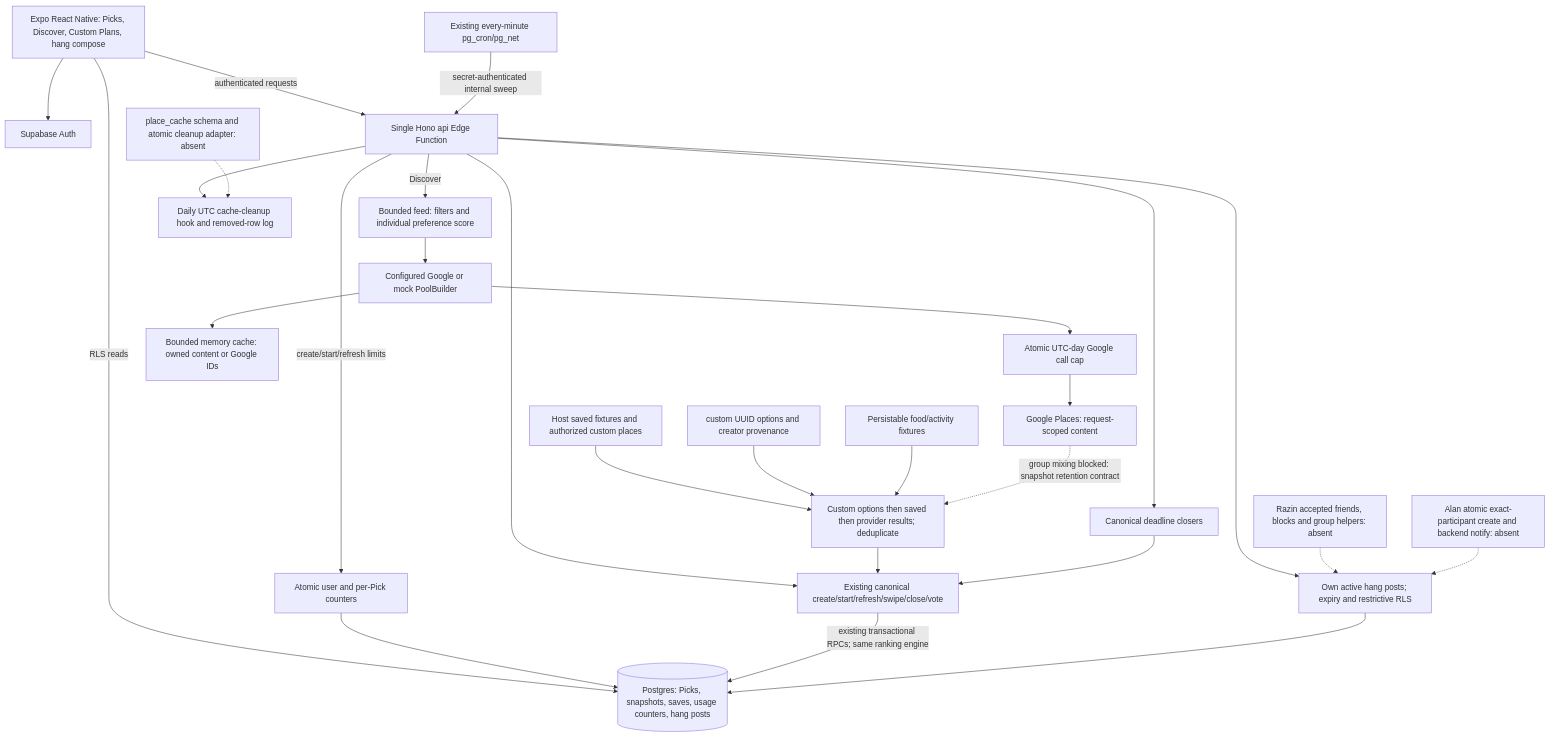
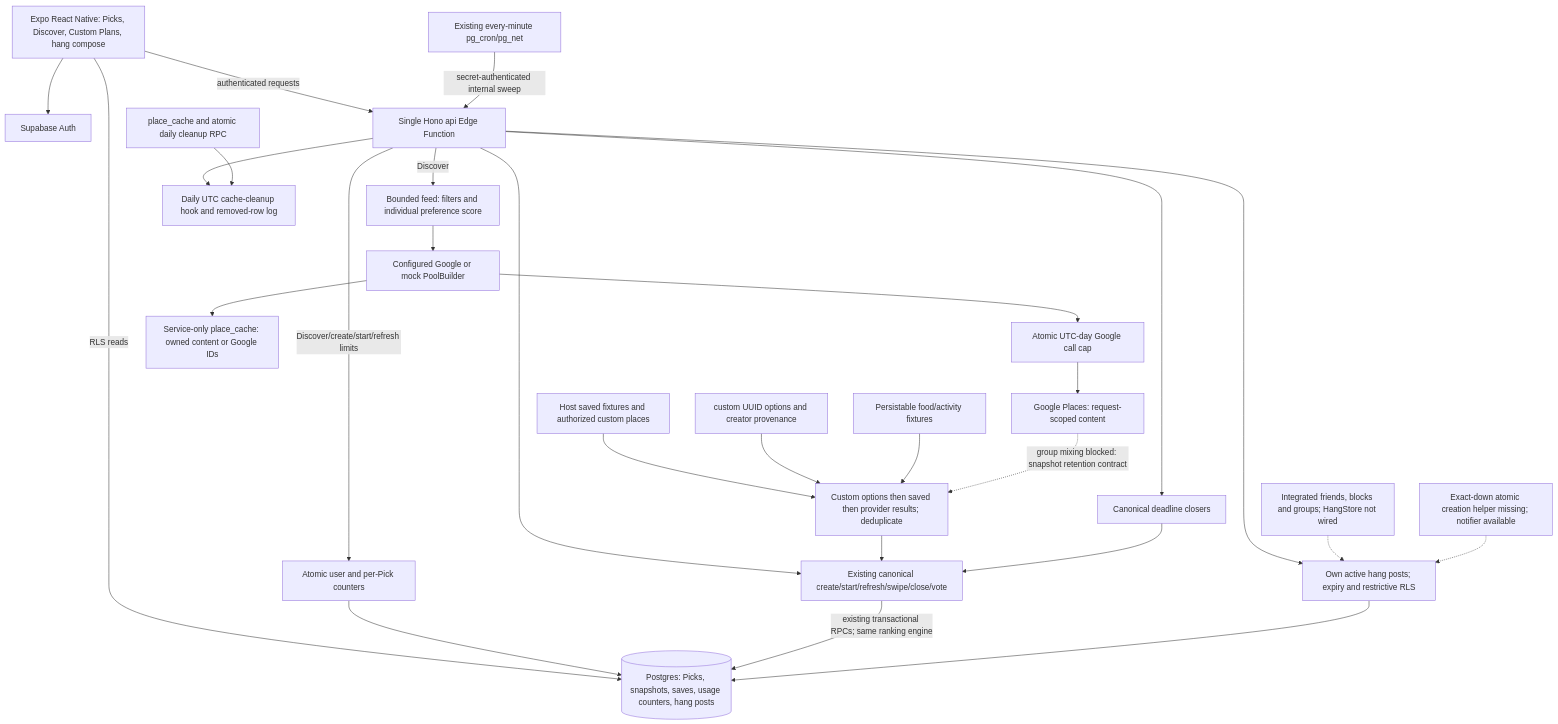
The fourth of 4 diagrams in docs/design.md (mopsha/WTW-CSE416), drawn with Mermaid before and after one commit. The commit also changed other lines of this file and 21 other files, not shown here.

Commit message:
Finish Josh M4 discover cache and quota fixes

````diff
--- a/docs/design.md
+++ b/docs/design.md
@@ -332,29 +332,29 @@
 ```mermaid
 flowchart TD
     App[Expo React Native: Picks, Discover, Custom Plans, hang compose] --> Auth[Supabase Auth]
     App -->|RLS reads| DB[(Postgres: Picks, snapshots, saves, usage counters, hang posts)]
     App -->|authenticated requests| API[Single Hono api Edge Function]
     API -->|Discover| Discover[Bounded feed: filters and individual preference score]
     Discover --> Providers[Configured Google or mock PoolBuilder]
     Providers --> Budget[Atomic UTC-day Google call cap]
     Budget --> Google[Google Places: request-scoped content]
-    Providers --> Cache[Bounded memory cache: owned content or Google IDs]
-    API -->|create/start/refresh limits| Limits[Atomic user and per-Pick counters]
+    Providers --> Cache[Service-only place_cache: owned content or Google IDs]
+    API -->|Discover/create/start/refresh limits| Limits[Atomic user and per-Pick counters]
     Limits --> DB
     API --> Lifecycle[Existing canonical create/start/refresh/swipe/close/vote]
     Saved[Host saved fixtures and authorized custom places] --> Priority[Custom options then saved then provider results; deduplicate]
     Custom[custom UUID options and creator provenance] --> Priority
     Mock[Persistable food/activity fixtures] --> Priority
     Priority --> Lifecycle
     Lifecycle -->|existing transactional RPCs; same ranking engine| DB
     Google -.->|group mixing blocked: snapshot retention contract| Priority
     API --> Hang[Own active hang posts; expiry and restrictive RLS]
     Hang --> DB
-    Graph[Razin accepted friends, blocks and group helpers: absent] -.-> Hang
-    Invites[Alan atomic exact-participant create and backend notify: absent] -.-> Hang
+    Graph[Integrated friends, blocks and groups; HangStore not wired] -.-> Hang
+    Invites[Exact-down atomic creation helper missing; notifier available] -.-> Hang
     Cron[Existing every-minute pg_cron/pg_net] -->|secret-authenticated internal sweep| API
     API --> Sweep[Canonical deadline closers]
     API --> Cleanup[Daily UTC cache-cleanup hook and removed-row log]
-    Durable[place_cache schema and atomic cleanup adapter: absent] -.-> Cleanup
+    Durable[place_cache and atomic daily cleanup RPC] --> Cleanup
     Sweep --> Lifecycle
 ```
````
